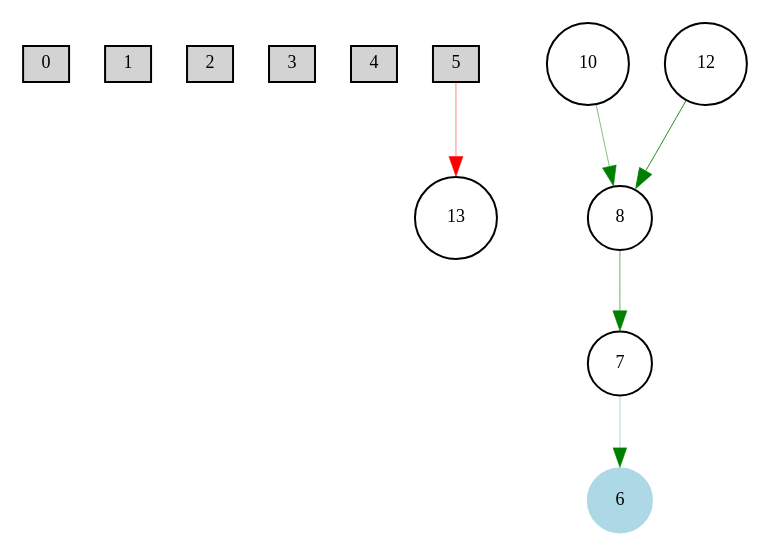
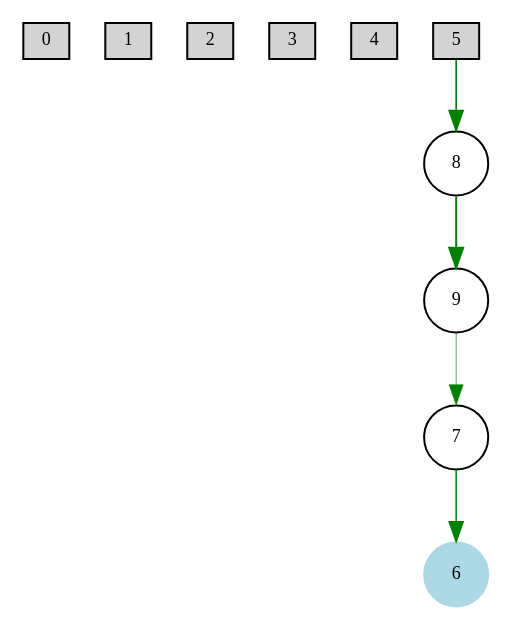
The diagram in 2015-2016/nn_winner-enabled.gv (arkadyark/PongAI), drawn with Graphviz before and after one commit. The commit also changed 14 other files, not shown here.

```diff
--- a/2015-2016/nn_winner-enabled.gv
+++ b/2015-2016/nn_winner-enabled.gv
@@ -1,15 +1,14 @@
 digraph {
 	node [fontsize=9 height=0.2 shape=circle width=0.2]
 		0 [shape=box style=filled]
 		1 [shape=box style=filled]
 		2 [shape=box style=filled]
 		3 [shape=box style=filled]
 		4 [shape=box style=filled]
 		5 [shape=box style=filled]
 		6 [color=lightblue style=filled]
-			10 -> 8 [color=green penwidth=0.246685183144 style=solid]
-			7 -> 6 [color=green penwidth=0.146813653263 style=solid]
-			5 -> 13 [color=red penwidth=0.248757675182 style=solid]
-			8 -> 7 [color=green penwidth=0.3 style=solid]
-			12 -> 8 [color=green penwidth=0.442549814129 style=solid]
+			7 -> 6 [color=green penwidth=0.746303350525 style=solid]
+			8 -> 9 [color=green penwidth=0.959295985581 style=solid]
+			5 -> 8 [color=green penwidth=0.823988843231 style=solid]
+			9 -> 7 [color=green penwidth=0.330033841511 style=solid]
 }
```
